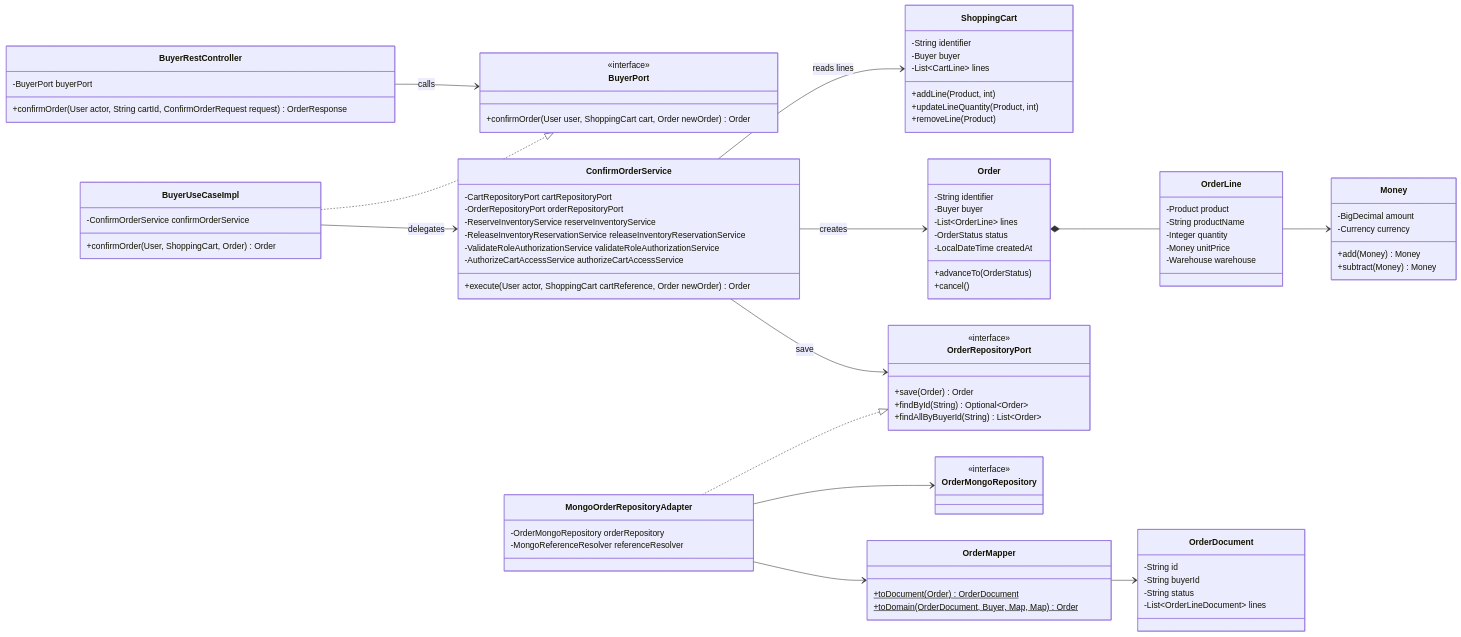
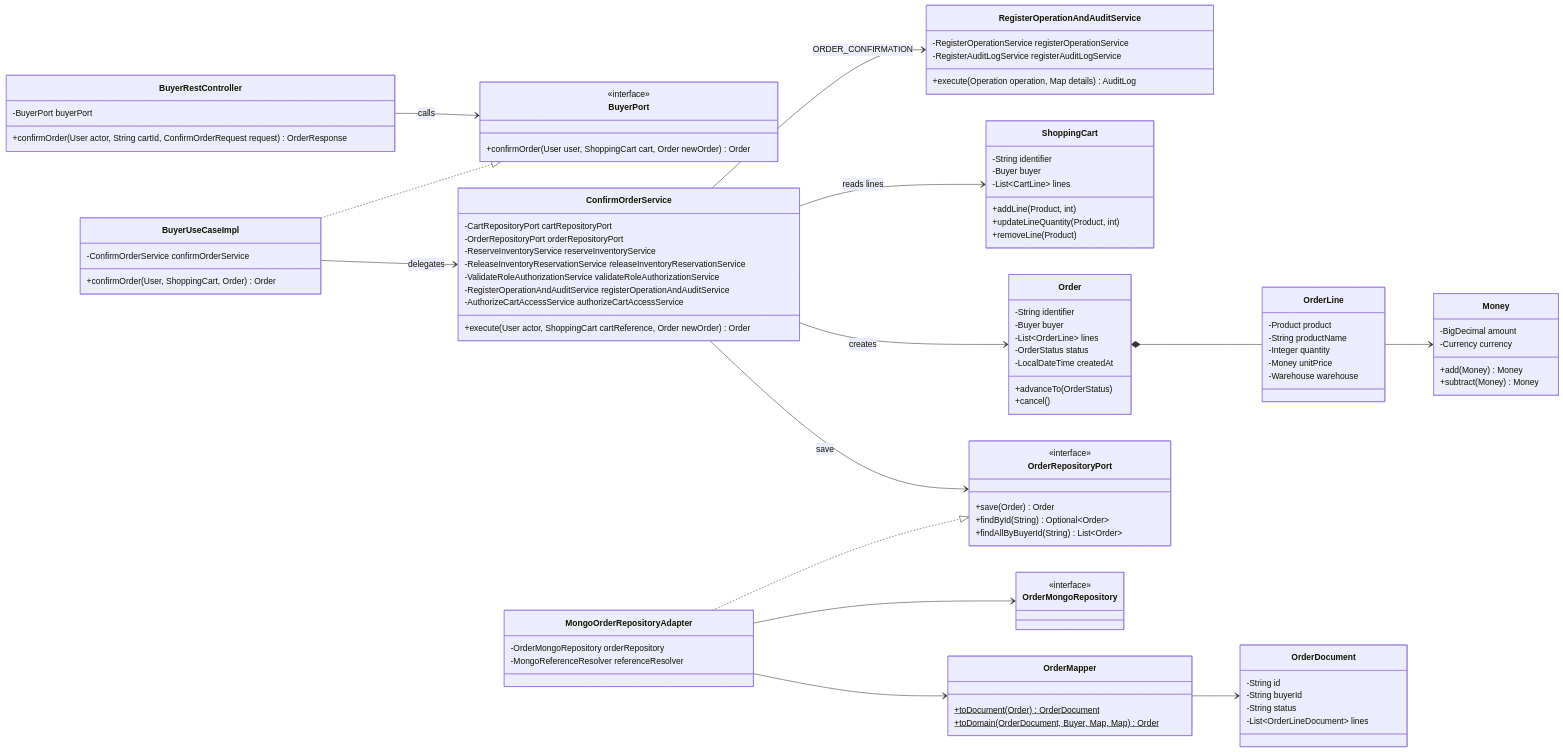
The first of 2 diagrams in SDD/C4/04-level-4-code.md (Spuerta18/Nexuss), drawn with Mermaid before and after one commit. The commit also changed other lines of this file and 34 other files, not shown here.

```diff
--- a/SDD/C4/04-level-4-code.md
+++ b/SDD/C4/04-level-4-code.md
@@ -30,8 +30,14 @@
         -ReserveInventoryService reserveInventoryService
         -ReleaseInventoryReservationService releaseInventoryReservationService
         -ValidateRoleAuthorizationService validateRoleAuthorizationService
+        -RegisterOperationAndAuditService registerOperationAndAuditService
         -AuthorizeCartAccessService authorizeCartAccessService
         +execute(User actor, ShoppingCart cartReference, Order newOrder) Order
+    }
+    class RegisterOperationAndAuditService {
+        -RegisterOperationService registerOperationService
+        -RegisterAuditLogService registerAuditLogService
+        +execute(Operation operation, Map details) AuditLog
     }
     class ShoppingCart {
         -String identifier
@@ -95,6 +101,7 @@
     Order *-- OrderLine
     OrderLine --> Money
     ConfirmOrderService --> OrderRepositoryPort : save
+    ConfirmOrderService --> RegisterOperationAndAuditService : ORDER_CONFIRMATION
     MongoOrderRepositoryAdapter ..|> OrderRepositoryPort
     MongoOrderRepositoryAdapter --> OrderMongoRepository
     MongoOrderRepositoryAdapter --> OrderMapper
```
